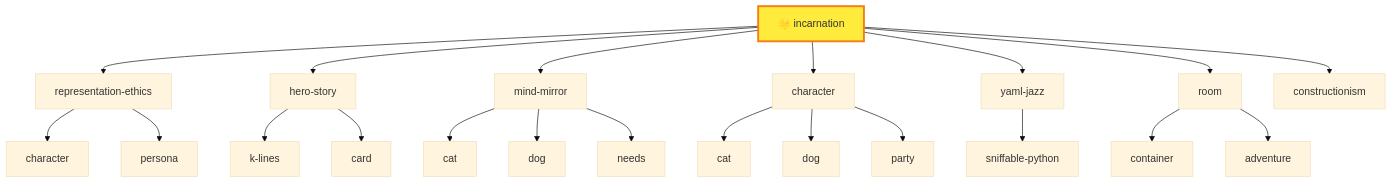
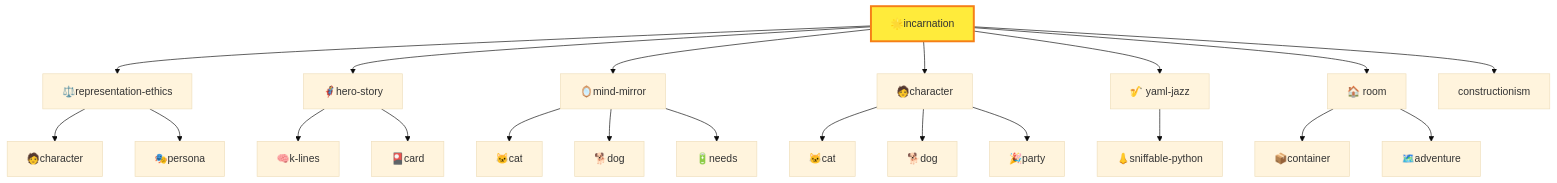
One commit to SimHacker/moollm changed the diagram in examples/adventure-4/characters/real-people/don-hopkins/sessions/k-line-connections.md. Above: the diagram before and after it, drawn with Mermaid (base theme). The commit also changed other lines of this file and 4 other files, not shown here.

````diff
--- a/examples/adventure-4/characters/real-people/don-hopkins/sessions/k-line-connections.md
+++ b/examples/adventure-4/characters/real-people/don-hopkins/sessions/k-line-connections.md
@@ -231,26 +248,26 @@
 ```mermaid
 graph TD
-    INC[🌟 incarnation] --> RE[representation-ethics]
-    INC --> HS[hero-story]
-    INC --> MM[mind-mirror]
-    INC --> CHAR[character]
-    INC --> YJ[yaml-jazz]
-    INC --> ROOM[room]
+    INC[🌟incarnation] --> RE[⚖️representation-ethics]
+    INC --> HS[🦸hero-story]
+    INC --> MM[🪞mind-mirror]
+    INC --> CHAR[🧑character]
+    INC --> YJ[🎷 yaml-jazz]
+    INC --> ROOM[🏠 room]
     INC --> CONST[constructionism]
     
-    RE --> CHAR2[character]
-    RE --> PERSONA[persona]
-    HS --> KLINES[k-lines]
-    HS --> CARD[card]
-    MM --> CAT[cat]
-    MM --> DOG[dog]
-    MM --> NEEDS[needs]
-    CHAR --> CAT2[cat]
-    CHAR --> DOG2[dog]
-    CHAR --> PARTY[party]
-    YJ --> SNIFF[sniffable-python]
-    ROOM --> CONTAINER[container]
-    ROOM --> ADVENTURE[adventure]
+    RE --> CHAR2[🧑character]
+    RE --> PERSONA[🎭persona]
+    HS --> KLINES[🧠k-lines]
+    HS --> CARD[🎴card]
+    MM --> CAT[🐱cat]
+    MM --> DOG[🐕dog]
+    MM --> NEEDS[🔋needs]
+    CHAR --> CAT2[🐱cat]
+    CHAR --> DOG2[🐕dog]
+    CHAR --> PARTY[🎉party]
+    YJ --> SNIFF[👃sniffable-python]
+    ROOM --> CONTAINER[📦container]
+    ROOM --> ADVENTURE[🗺️adventure]
     
     style INC fill:#ffeb3b,stroke:#f57f17,stroke-width:3px
 ```
````
